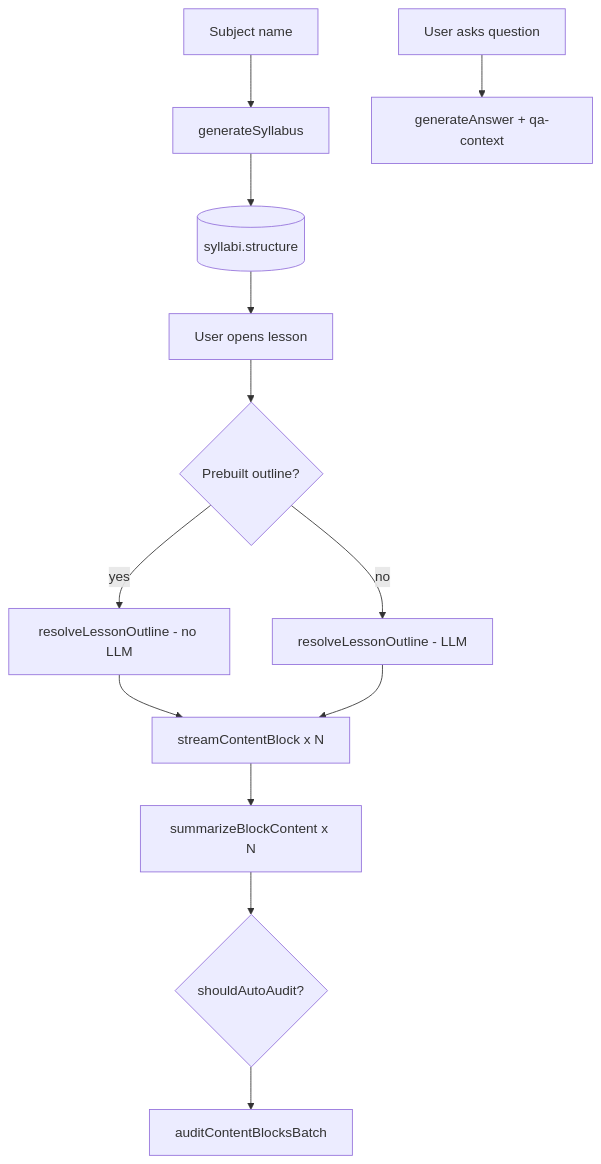
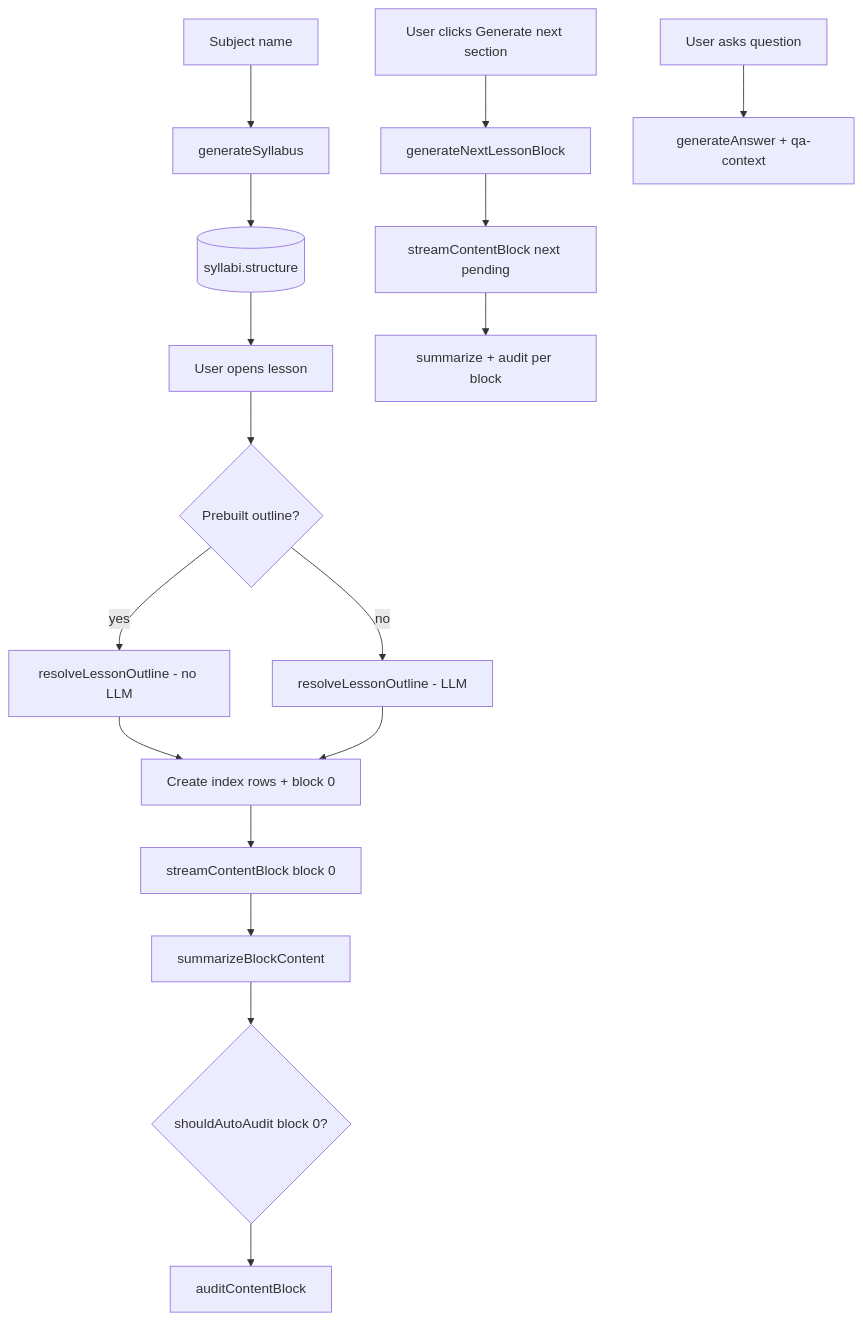
Before and after one commit to sanchezd90/personal-tutor: the second of 2 diagrams in docs/AI_BEHAVIOR_AND_FEATURES.md, drawn with Mermaid. The commit also changed other lines of this file and 5 other files, not shown here.

````diff
--- a/docs/AI_BEHAVIOR_AND_FEATURES.md
+++ b/docs/AI_BEHAVIOR_AND_FEATURES.md
@@ -255,17 +266,22 @@
 ```mermaid
 flowchart TD
     A[Subject name] --> B[generateSyllabus]
     B --> S[(syllabi.structure)]
 
     S --> C[User opens lesson]
     C --> D{Prebuilt outline?}
     D -->|yes| E[resolveLessonOutline - no LLM]
     D -->|no| F[resolveLessonOutline - LLM]
-    E --> G[streamContentBlock x N]
+    E --> G[Create index rows + block 0]
     F --> G
-    G --> H[summarizeBlockContent x N]
-    H --> I{shouldAutoAudit?}
-    I --> J[auditContentBlocksBatch]
+    G --> H[streamContentBlock block 0]
+    H --> I[summarizeBlockContent]
+    I --> J{shouldAutoAudit block 0?}
+    J --> K[auditContentBlock]
 
-    K[User asks question] --> L[generateAnswer + qa-context]
+    L[User clicks Generate next section] --> M[generateNextLessonBlock]
+    M --> N[streamContentBlock next pending]
+    N --> O[summarize + audit per block]
+
+    P[User asks question] --> Q[generateAnswer + qa-context]
 ```
````
